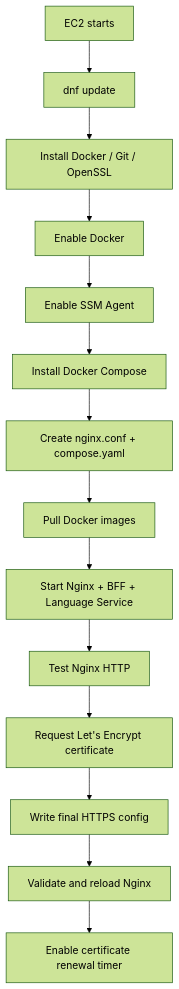
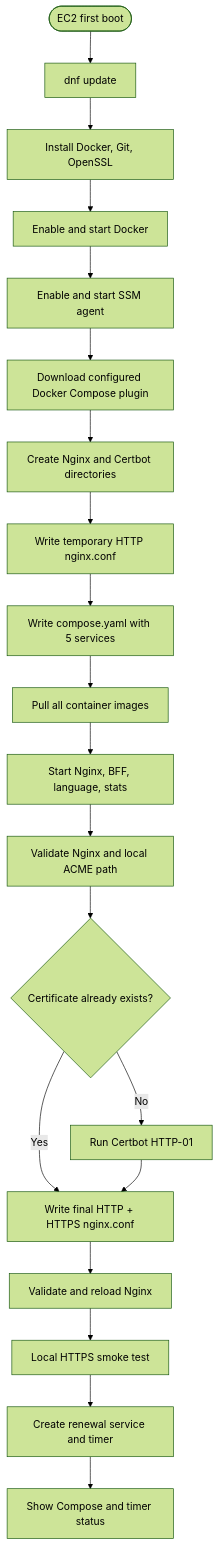
One commit to JuanSlaterT/portfolio-arq-terraform changed the eighth of 13 diagrams in README.md. Above: the diagram before and after it, drawn with Mermaid (forest theme). The commit also changed other lines of this file and 5 other files, not shown here.

Commit message:
ADDED stats service AND UPDATED readme.md

````diff
--- a/README.md
+++ b/README.md
@@ -644,16 +384,22 @@
 ```mermaid
 flowchart TD
-    START[EC2 starts] --> UPDATE[dnf update]
-    UPDATE --> INSTALL[Install Docker / Git / OpenSSL]
-    INSTALL --> DOCKER[Enable Docker]
-    DOCKER --> SSM[Enable SSM Agent]
-    SSM --> COMPOSE[Install Docker Compose]
-    COMPOSE --> FILES[Create nginx.conf + compose.yaml]
-    FILES --> PULL[Pull Docker images]
-    PULL --> UP[Start Nginx + BFF + Language Service]
-    UP --> TESTHTTP[Test Nginx HTTP]
-    TESTHTTP --> CERT[Request Let's Encrypt certificate]
-    CERT --> HTTPS[Write final HTTPS config]
-    HTTPS --> RELOAD[Validate and reload Nginx]
-    RELOAD --> TIMER[Enable certificate renewal timer]
+    Start([EC2 first boot]) --> Update[dnf update]
+    Update --> Packages["Install Docker, Git, OpenSSL"]
+    Packages --> Docker["Enable and start Docker"]
+    Docker --> SSM["Enable and start SSM agent"]
+    SSM --> Compose["Download configured Docker Compose plugin"]
+    Compose --> Directories["Create Nginx and Certbot directories"]
+    Directories --> HTTPConfig["Write temporary HTTP nginx.conf"]
+    HTTPConfig --> ComposeFile["Write compose.yaml with 5 services"]
+    ComposeFile --> Pull["Pull all container images"]
+    Pull --> Up["Start Nginx, BFF, language, stats"]
+    Up --> NginxTest["Validate Nginx and local ACME path"]
+    NginxTest --> Certificate{"Certificate already exists?"}
+    Certificate -->|No| Issue["Run Certbot HTTP-01"]
+    Certificate -->|Yes| TLSConfig
+    Issue --> TLSConfig["Write final HTTP + HTTPS nginx.conf"]
+    TLSConfig --> Reload["Validate and reload Nginx"]
+    Reload --> Smoke["Local HTTPS smoke test"]
+    Smoke --> Units["Create renewal service and timer"]
+    Units --> Done["Show Compose and timer status"]
 ```
````
